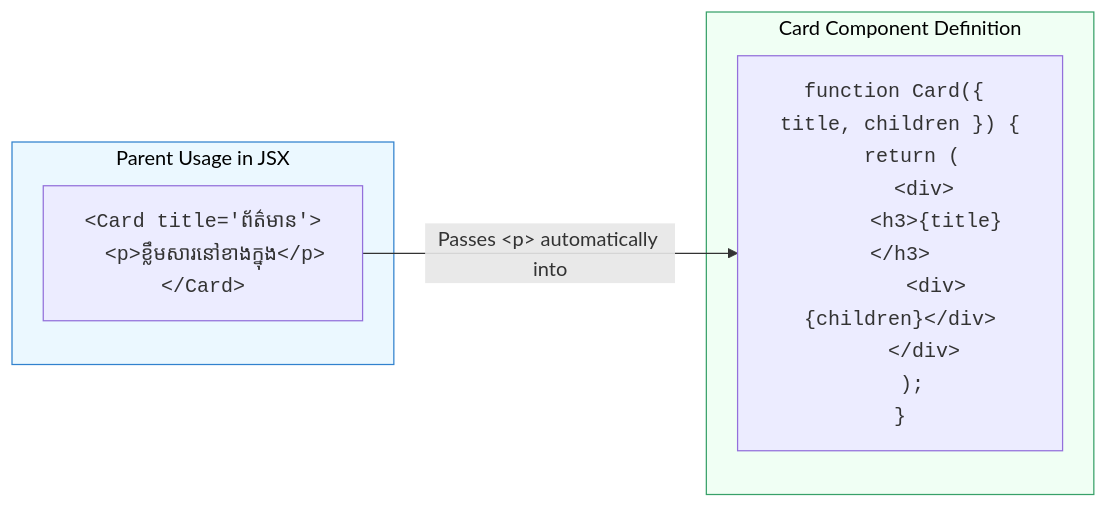
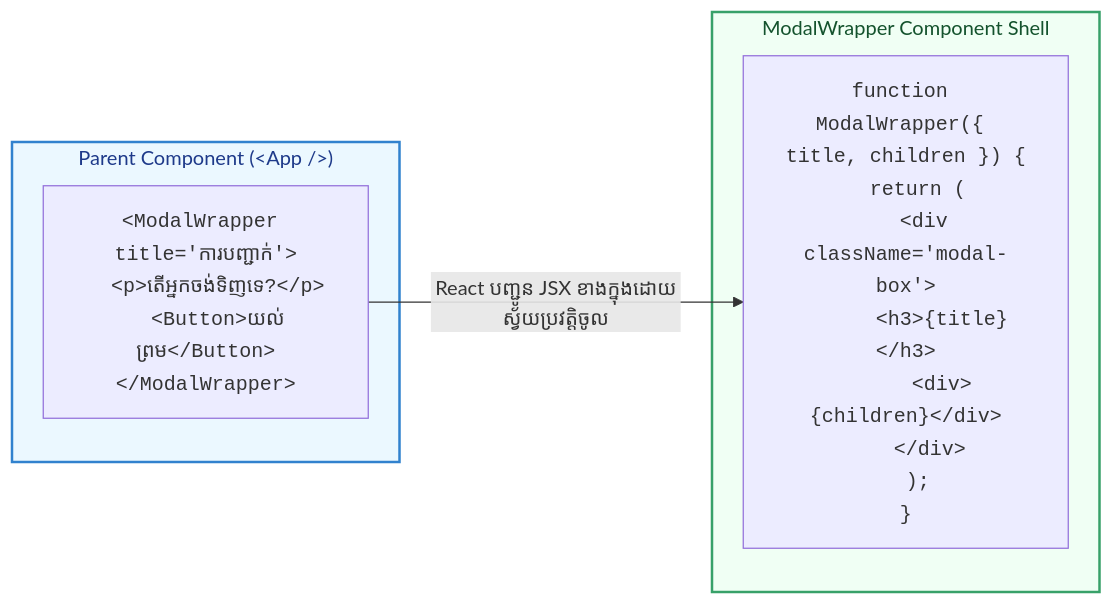
The diagram in src/courses/react/module-2-props-lists-conditional/02-component-composition-children.mdx (Ari-ICU/full-stack-short-coures), drawn with Mermaid before and after one commit. The commit also changed other lines of this file and 6 other files, not shown here.

````diff
--- a/src/courses/react/module-2-props-lists-conditional/02-component-composition-children.mdx
+++ b/src/courses/react/module-2-props-lists-conditional/02-component-composition-children.mdx
@@ -31,15 +39,15 @@
 ```mermaid
 flowchart LR
-    subgraph Usage["Parent Usage in JSX"]
-        A["<code>&lt;Card title='ព័ត៌មាន'&gt;<br>&nbsp;&nbsp;&lt;p&gt;ខ្លឹមសារនៅខាងក្នុង&lt;/p&gt;<br>&lt;/Card&gt;</code>"]
+    subgraph Parent["Parent Component (&lt;App /&gt;)"]
+        A["<code>&lt;ModalWrapper title='ការបញ្ជាក់'&gt;<br/>&nbsp;&nbsp;&lt;p&gt;តើអ្នកចង់ទិញទេ?&lt;/p&gt;<br/>&nbsp;&nbsp;&lt;Button&gt;យល់ព្រម&lt;/Button&gt;<br/>&lt;/ModalWrapper&gt;</code>"]
     end
 
-    subgraph CardComponent["Card Component Definition"]
-        B["<code>function Card({ title, children }) {<br>&nbsp;&nbsp;return (<br>&nbsp;&nbsp;&nbsp;&nbsp;&lt;div&gt;<br>&nbsp;&nbsp;&nbsp;&nbsp;&nbsp;&nbsp;&lt;h3&gt;{title}&lt;/h3&gt;<br>&nbsp;&nbsp;&nbsp;&nbsp;&nbsp;&nbsp;&lt;div&gt;{children}&lt;/div&gt;<br>&nbsp;&nbsp;&nbsp;&nbsp;&lt;/div&gt;<br>&nbsp;&nbsp;);<br>}</code>"]
+    subgraph ModalDef["ModalWrapper Component Shell"]
+        B["<code>function ModalWrapper({ title, children }) {<br/>&nbsp;&nbsp;return (<br/>&nbsp;&nbsp;&nbsp;&nbsp;&lt;div className='modal-box'&gt;<br/>&nbsp;&nbsp;&nbsp;&nbsp;&nbsp;&nbsp;&lt;h3&gt;{title}&lt;/h3&gt;<br/>&nbsp;&nbsp;&nbsp;&nbsp;&nbsp;&nbsp;&lt;div&gt;{children}&lt;/div&gt;<br/>&nbsp;&nbsp;&nbsp;&nbsp;&lt;/div&gt;<br/>&nbsp;&nbsp;);<br/>}</code>"]
     end
 
-    A -->|Passes &lt;p&gt; automatically into| B
+    A -->|"React បញ្ជូន JSX ខាងក្នុងដោយស្វ័យប្រវត្តិចូល"| B
 
-    style Usage fill:#ebf8ff,stroke:#3182ce,color:#000
-    style CardComponent fill:#f0fff4,stroke:#38a169,color:#000
+    style Parent fill:#ebf8ff,stroke:#3182ce,stroke-width:2px,color:#1e3a8a
+    style ModalDef fill:#f0fff4,stroke:#38a169,stroke-width:2px,color:#14532d
 ```
````
